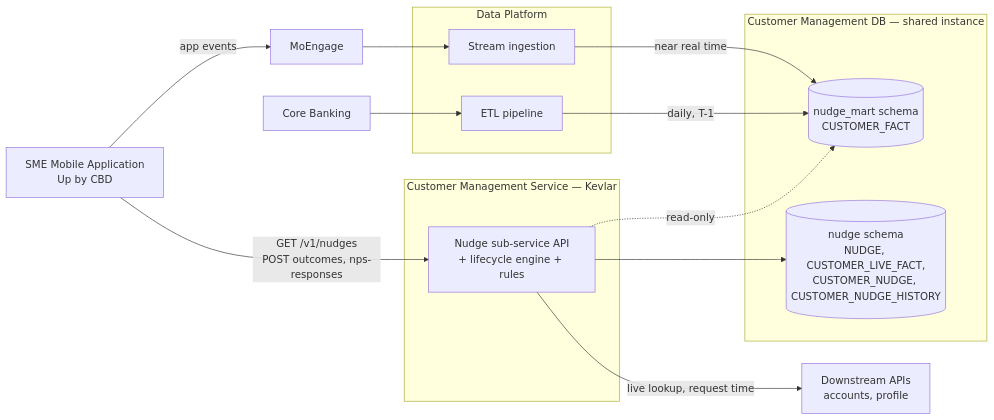
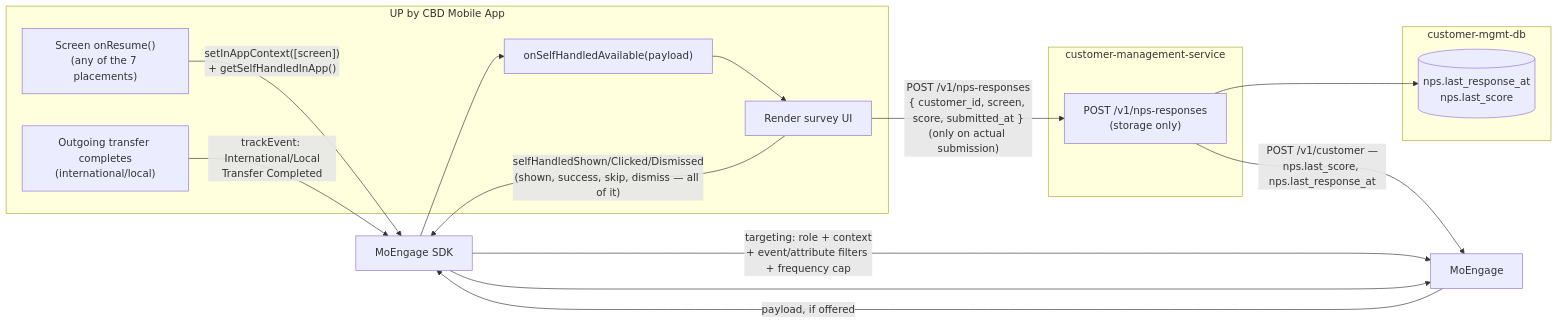
One commit to tbrudnicki/cbd changed the first of 2 diagrams in nudges/nps-survey-screens-and-facts.md. Above: the diagram before and after it, drawn with Mermaid. The commit also changed other lines of this file and 1 other file, not shown here.

First line of the commit message:
Simplify first_funding C2 diagram and drop revision history framing

```diff
--- a/nudges/nps-survey-screens-and-facts.md
+++ b/nudges/nps-survey-screens-and-facts.md
@@ -19,32 +23,30 @@
 ::: mermaid
 flowchart LR
-  FRONT[SME Mobile Application<br/>Up by CBD]
-
-  subgraph CMS["Customer Management Service — Kevlar"]
-    API[Nudge sub-service API<br/>+ lifecycle engine + rules]
+  subgraph MOBILE["UP by CBD Mobile App"]
+    SCR["Screen onResume()<br>(any of the 7 placements)"]
+    XFER["Outgoing transfer completes<br>(international/local)"]
+    CB_APP["onSelfHandledAvailable(payload)"]
+    RENDER["Render survey UI"]
   end
 
-  subgraph DB["Customer Management DB — shared instance"]
-    MART[("nudge_mart schema<br/>CUSTOMER_FACT")]
-    NSCHEMA[("nudge schema<br/>NUDGE, CUSTOMER_LIVE_FACT,<br/>CUSTOMER_NUDGE, CUSTOMER_NUDGE_HISTORY")]
+  SDK["MoEngage SDK"]
+  MOE[MoEngage]
+
+  subgraph CMS["customer-management-service"]
+    API["POST /v1/nps-responses<br>(storage only)"]
   end
 
-  subgraph DP["Data Platform"]
-    ETL[ETL pipeline]
-    STREAM[Stream ingestion]
+  subgraph DB["customer-mgmt-db"]
+    LF[("nps.last_response_at<br>nps.last_score")]
   end
 
-  CB[Core Banking]
-  MOE[MoEngage]
-  DS[Downstream APIs<br/>accounts, profile]
-
-  FRONT -->|"GET /v1/nudges<br/>POST outcomes, nps-responses"| API
-  API --> NSCHEMA
-  API -. read-only .-> MART
-  API -->|live lookup, request time| DS
-  CB --> ETL
-  FRONT -->|app events| MOE
-  MOE --> STREAM
-  ETL -->|daily, T-1| MART
-  STREAM -->|near real time| MART
+  SCR -->|"setInAppContext([screen])<br>+ getSelfHandledInApp()"| SDK
+  XFER -->|"trackEvent: International/Local<br>Transfer Completed"| SDK
+  SDK -->|"targeting: role + context<br>+ event/attribute filters + frequency cap"| MOE
+  MOE -->|"payload, if offered"| SDK --> CB_APP
+  CB_APP --> RENDER
+  RENDER -->|"selfHandledShown/Clicked/Dismissed<br>(shown, success, skip, dismiss — all of it)"| SDK --> MOE
+  RENDER -->|"POST /v1/nps-responses<br>{ customer_id, screen, score, submitted_at }<br>(only on actual submission)"| API
+  API --> LF
+  API -->|"POST /v1/customer —<br>nps.last_score, nps.last_response_at"| MOE
 :::
```
